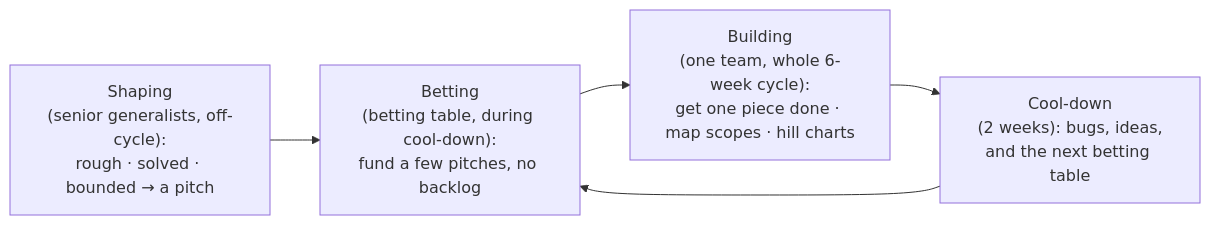
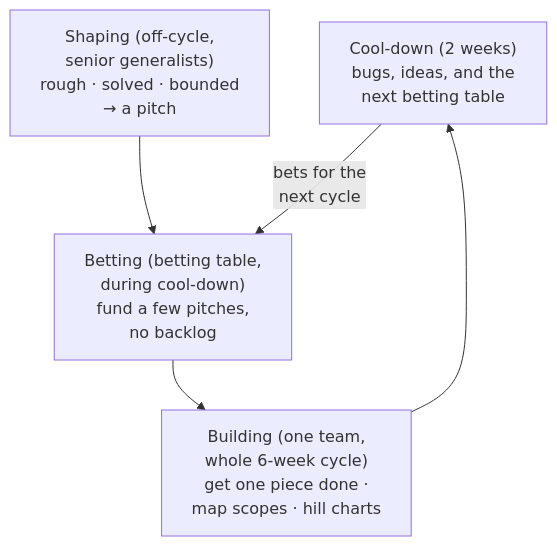
One commit to vrthra/open-swe-book changed the fifth of 5 diagrams in chapters/02-software-development-processes/README.md. Above: the diagram before and after it, drawn with Mermaid. The commit also changed other lines of this file and 23 other files, not shown here.

Commit message:
Update tab order and fixed diagrams

````diff
--- a/chapters/02-software-development-processes/README.md
+++ b/chapters/02-software-development-processes/README.md
@@ -735,8 +735,11 @@
 ```mermaid
-flowchart LR
-    S["Shaping<br/>(senior generalists, off-cycle):<br/>rough · solved · bounded → a pitch"]
-      --> B["Betting<br/>(betting table, during cool-down):<br/>fund a few pitches, no backlog"]
-    B --> U["Building<br/>(one team, whole 6-week cycle):<br/>get one piece done · map scopes · hill charts"]
-    U --> C["Cool-down<br/>(2 weeks): bugs, ideas,<br/>and the next betting table"]
-    C --> B
+flowchart TD
+    C["Cool-down (2 weeks)<br/>bugs, ideas, and the<br/>next betting table"]
+    S["Shaping (off-cycle,<br/>senior generalists)<br/>rough · solved · bounded<br/>→ a pitch"]
+    B["Betting (betting table,<br/>during cool-down)<br/>fund a few pitches,<br/>no backlog"]
+    U["Building (one team,<br/>whole 6-week cycle)<br/>get one piece done ·<br/>map scopes · hill charts"]
+    S --> B
+    C -->|"bets for the<br/>next cycle"| B
+    B --> U
+    U --> C
 ```
````
